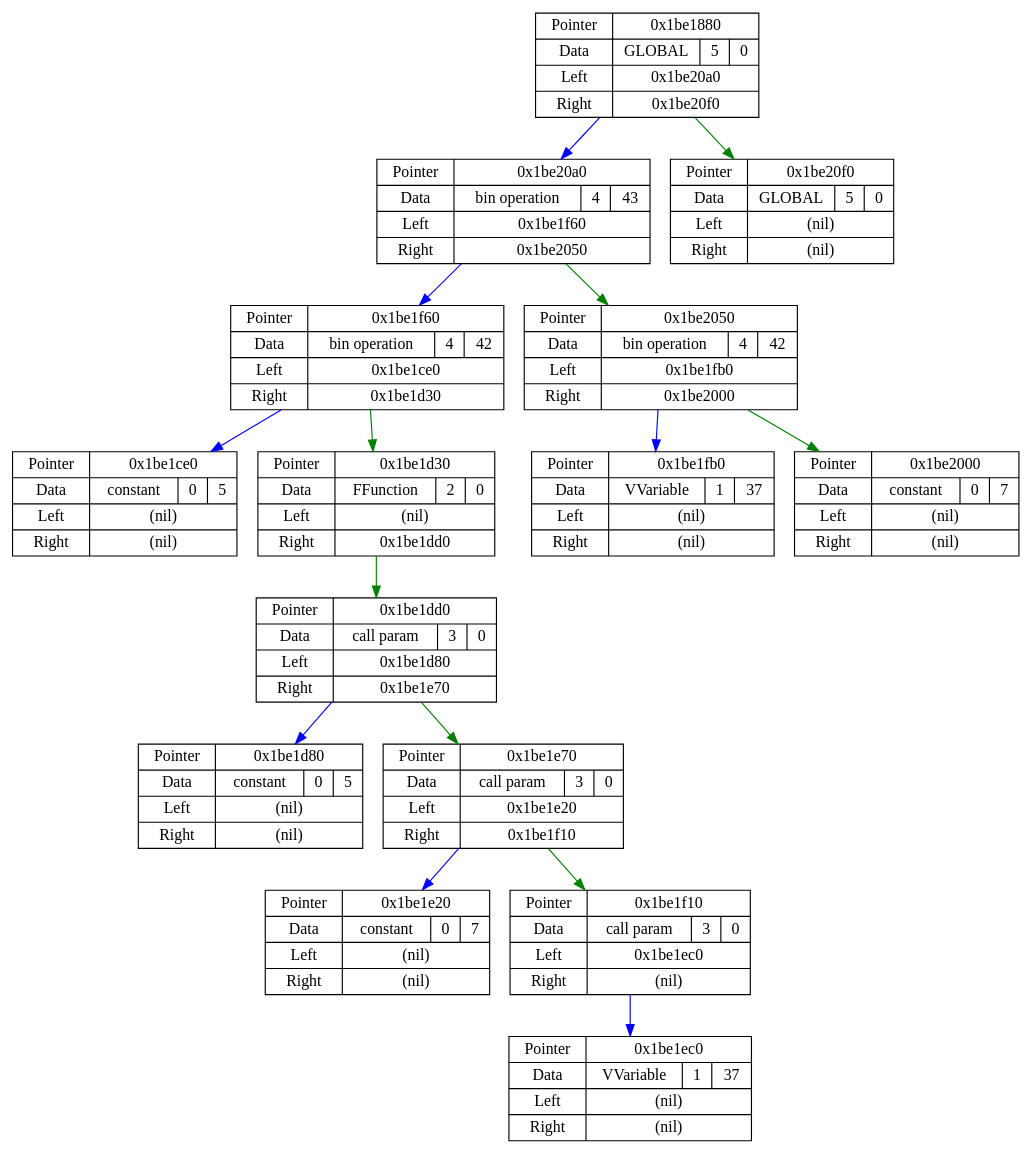
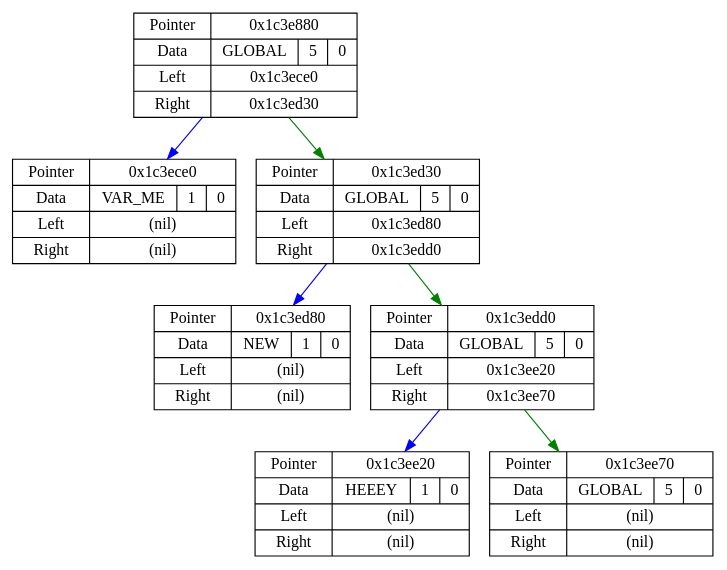
Before and after one commit to E3798211/JIT: the diagram in Junk/dotdata.dot, drawn with Graphviz. The commit also changed 6 other files, not shown here.

```diff
--- a/Junk/dotdata.dot
+++ b/Junk/dotdata.dot
@@ -1,32 +1,16 @@
 digraph G {
 node[shape = record];
-29235328  [label = "{ Pointer | Data | Left | Right }  | { 0x1be1880 | { GLOBAL | 5 | 0 } | 0x1be20a0 | 0x1be20f0 }"];
-29237408  [label = "{ Pointer | Data | Left | Right }  | { 0x1be20a0 | { bin operation | 4 | 43 } | 0x1be1f60 | 0x1be2050 }"];
-29237088  [label = "{ Pointer | Data | Left | Right }  | { 0x1be1f60 | { bin operation | 4 | 42 } | 0x1be1ce0 | 0x1be1d30 }"];
-29236448  [label = "{ Pointer | Data | Left | Right }  | { 0x1be1ce0 | { constant | 0 | 5 } | (nil) | (nil) }"];
-29236528  [label = "{ Pointer | Data | Left | Right }  | { 0x1be1d30 | { FFunction | 2 | 0 } | (nil) | 0x1be1dd0 }"];
-29236688  [label = "{ Pointer | Data | Left | Right }  | { 0x1be1dd0 | { call param | 3 | 0 } | 0x1be1d80 | 0x1be1e70 }"];
-29236608  [label = "{ Pointer | Data | Left | Right }  | { 0x1be1d80 | { constant | 0 | 5 } | (nil) | (nil) }"];
-29236848  [label = "{ Pointer | Data | Left | Right }  | { 0x1be1e70 | { call param | 3 | 0 } | 0x1be1e20 | 0x1be1f10 }"];
-29236768  [label = "{ Pointer | Data | Left | Right }  | { 0x1be1e20 | { constant | 0 | 7 } | (nil) | (nil) }"];
-29237008  [label = "{ Pointer | Data | Left | Right }  | { 0x1be1f10 | { call param | 3 | 0 } | 0x1be1ec0 | (nil) }"];
-29236928  [label = "{ Pointer | Data | Left | Right }  | { 0x1be1ec0 | { VVariable | 1 | 37 } | (nil) | (nil) }"];
-29237328  [label = "{ Pointer | Data | Left | Right }  | { 0x1be2050 | { bin operation | 4 | 42 } | 0x1be1fb0 | 0x1be2000 }"];
-29237168  [label = "{ Pointer | Data | Left | Right }  | { 0x1be1fb0 | { VVariable | 1 | 37 } | (nil) | (nil) }"];
-29237248  [label = "{ Pointer | Data | Left | Right }  | { 0x1be2000 | { constant | 0 | 7 } | (nil) | (nil) }"];
-29237488  [label = "{ Pointer | Data | Left | Right }  | { 0x1be20f0 | { GLOBAL | 5 | 0 } | (nil) | (nil) }"];
-29235328 -> 29237408 [color = blue];
-29235328 -> 29237488 [color = green];
-29237408 -> 29237088 [color = blue];
-29237408 -> 29237328 [color = green];
-29237088 -> 29236448 [color = blue];
-29237088 -> 29236528 [color = green];
-29236528 -> 29236688 [color = green];
-29236688 -> 29236608 [color = blue];
-29236688 -> 29236848 [color = green];
-29236848 -> 29236768 [color = blue];
-29236848 -> 29237008 [color = green];
-29237008 -> 29236928 [color = blue];
-29237328 -> 29237168 [color = blue];
-29237328 -> 29237248 [color = green];
+29616256  [label = "{ Pointer | Data | Left | Right }  | { 0x1c3e880 | { GLOBAL | 5 | 0 } | 0x1c3ece0 | 0x1c3ed30 }"];
+29617376  [label = "{ Pointer | Data | Left | Right }  | { 0x1c3ece0 | { VAR_ME | 1 | 0 } | (nil) | (nil) }"];
+29617456  [label = "{ Pointer | Data | Left | Right }  | { 0x1c3ed30 | { GLOBAL | 5 | 0 } | 0x1c3ed80 | 0x1c3edd0 }"];
+29617536  [label = "{ Pointer | Data | Left | Right }  | { 0x1c3ed80 | { NEW | 1 | 0 } | (nil) | (nil) }"];
+29617616  [label = "{ Pointer | Data | Left | Right }  | { 0x1c3edd0 | { GLOBAL | 5 | 0 } | 0x1c3ee20 | 0x1c3ee70 }"];
+29617696  [label = "{ Pointer | Data | Left | Right }  | { 0x1c3ee20 | { HEEEY | 1 | 0 } | (nil) | (nil) }"];
+29617776  [label = "{ Pointer | Data | Left | Right }  | { 0x1c3ee70 | { GLOBAL | 5 | 0 } | (nil) | (nil) }"];
+29616256 -> 29617376 [color = blue];
+29616256 -> 29617456 [color = green];
+29617456 -> 29617536 [color = blue];
+29617456 -> 29617616 [color = green];
+29617616 -> 29617696 [color = blue];
+29617616 -> 29617776 [color = green];
 }
```
